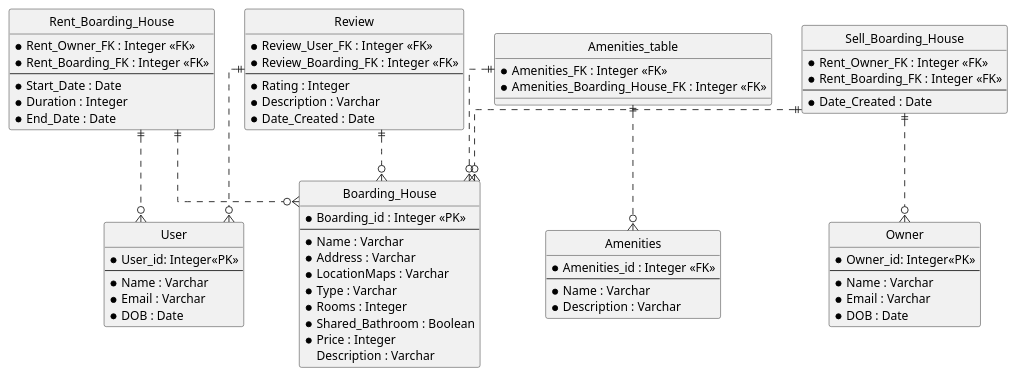
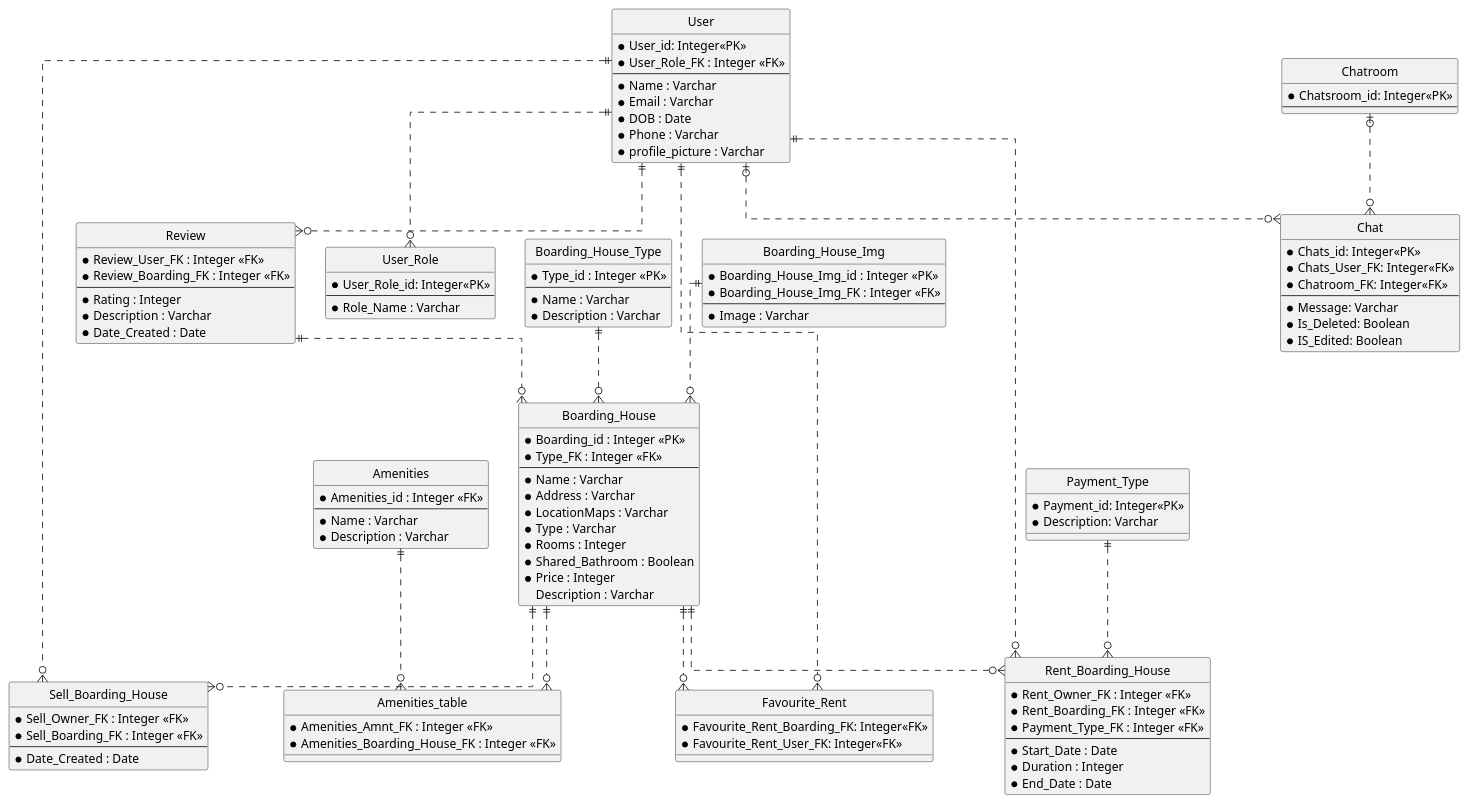
One commit to AntWort21/BHFMS changed the diagram in Design/BHFMS.puml. Above: the diagram before and after it, drawn with PlantUML.

Commit message:
Updated .puml to only one User Table

```diff
--- a/Design/BHFMS.puml
+++ b/Design/BHFMS.puml
@@ -1,87 +1,144 @@
 @startuml
 ' hide the spot
 hide circle
 
 ' avoid problems with angled crows feet
 skinparam linetype ortho
 
 entity "User" as us {
   *User_id: Integer<<PK>>
+  *User_Role_FK : Integer <<FK>>
   --
   *Name : Varchar
   *Email : Varchar
   *DOB : Date
+  *Phone : Varchar
+  *profile_picture : Varchar
 }
 
-entity "Owner" as own {
-  *Owner_id: Integer<<PK>>
+entity "User_Role" as usrl {
+  *User_Role_id: Integer<<PK>>
+  --
+  *Role_Name : Varchar
+}
+
+us ||..o{ usrl
+
+entity "Boarding_House_Type" as bht {
+  *Type_id : Integer <<PK>>
   --
   *Name : Varchar
-  *Email : Varchar
-  *DOB : Date
+  *Description : Varchar
 }
+
+
 
 entity "Boarding_House" as bh {
   *Boarding_id : Integer <<PK>>
+  *Type_FK : Integer <<FK>>
   --
   *Name : Varchar
   *Address : Varchar
   *LocationMaps : Varchar
   *Type : Varchar
   *Rooms : Integer
   *Shared_Bathroom : Boolean
   *Price : Integer
   Description : Varchar
 }
 
 entity "Amenities" as amnt {
   *Amenities_id : Integer <<FK>>
   --
   *Name : Varchar
   *Description : Varchar
 }
 
 entity "Amenities_table" as amntbl {
-  *Amenities_FK : Integer <<FK>>
+  *Amenities_Amnt_FK : Integer <<FK>>
   *Amenities_Boarding_House_FK : Integer <<FK>>
 }
 
-amntbl ||..o{ bh
-amntbl ||..o{ amnt
+bh ||..o{ amntbl
+amnt ||..o{ amntbl
 
+entity "Boarding_House_Img" as bhi {
+  *Boarding_House_Img_id : Integer <<PK>>
+  *Boarding_House_Img_FK : Integer <<FK>>
+  --
+  *Image : Varchar
+}
+
+bhi ||..o{ bh
 
 entity "Rent_Boarding_House" as rbh {
   *Rent_Owner_FK : Integer <<FK>>
   *Rent_Boarding_FK : Integer <<FK>>
+  *Payment_Type_FK : Integer <<FK>>
   --
   *Start_Date : Date
   *Duration : Integer
   *End_Date : Date
 }
 
-rbh ||..o{ us
-rbh ||..o{ bh
+us ||..o{ rbh
+bh ||..o{ rbh
+
 
 entity "Sell_Boarding_House" as sbh {
-  *Rent_Owner_FK : Integer <<FK>>
-  *Rent_Boarding_FK : Integer <<FK>>
+  *Sell_Owner_FK : Integer <<FK>>
+  *Sell_Boarding_FK : Integer <<FK>>
   --
   *Date_Created : Date
 }
 
-sbh ||..o{ own
-sbh ||..o{ bh
+us ||..o{ sbh
+bh ||..o{ sbh
 
 entity "Review" as rvw {
   *Review_User_FK : Integer <<FK>>
   *Review_Boarding_FK : Integer <<FK>>
   --
   *Rating : Integer
   *Description : Varchar
   *Date_Created : Date
 }
 
-rvw ||..o{ us
+us ||..o{ rvw
 rvw ||..o{ bh
 
+bht ||..o{ bh
+
+entity "Favourite_Rent" as fr {
+  *Favourite_Rent_Boarding_FK: Integer<<FK>>
+  *Favourite_Rent_User_FK: Integer<<FK>>
+}
+
+entity "Payment_Type" as pymnt {
+  *Payment_id: Integer<<PK>>
+  *Description: Varchar
+}
+pymnt ||..o{ rbh
+
+us ||..o{ fr
+bh ||..o{ fr
+
+entity "Chat" as cht {
+  *Chats_id: Integer<<PK>>
+  *Chats_User_FK: Integer<<FK>>
+  *Chatroom_FK: Integer<<FK>>
+  --
+  *Message: Varchar
+  *Is_Deleted: Boolean
+  *IS_Edited: Boolean
+}
+
+entity "Chatroom" as chtrm {
+  *Chatsroom_id: Integer<<PK>>
+  --
+}
+
+us |o..o{ cht
+chtrm |o..o{ cht
+
 @enduml
```
